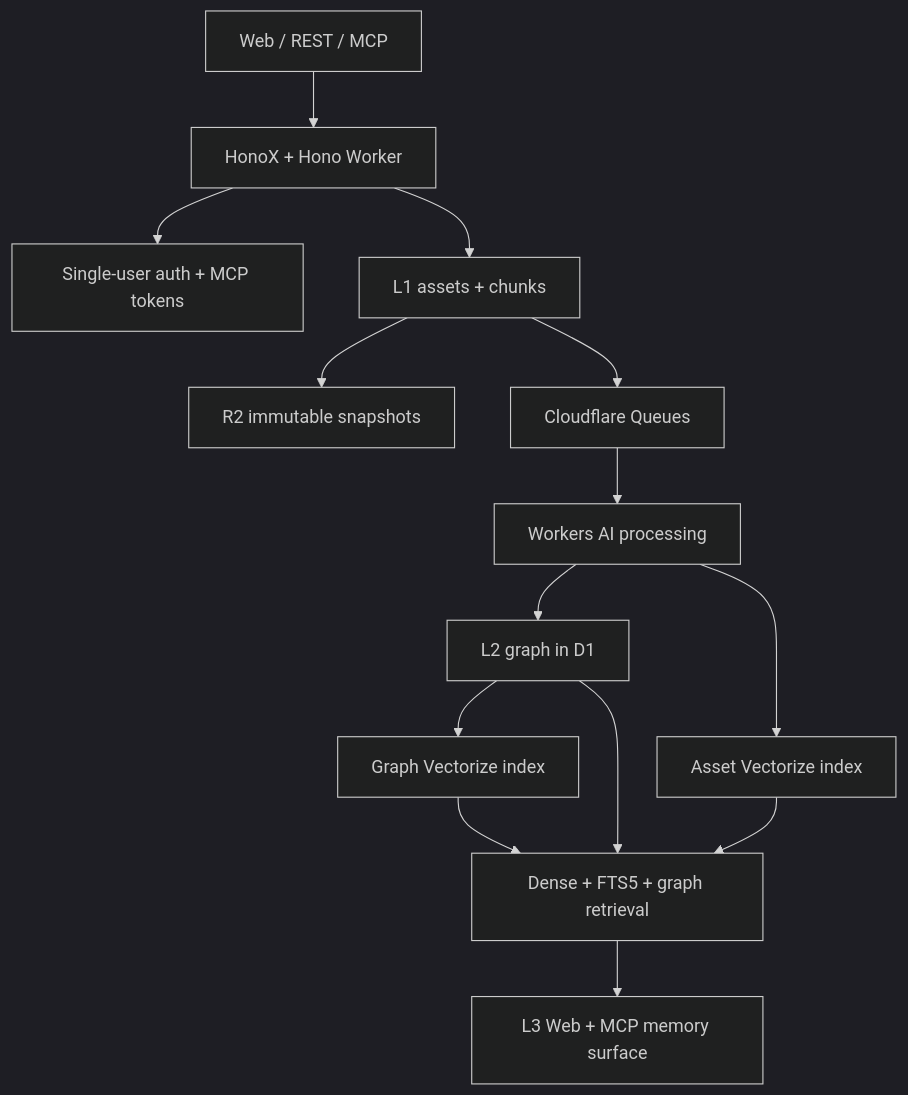
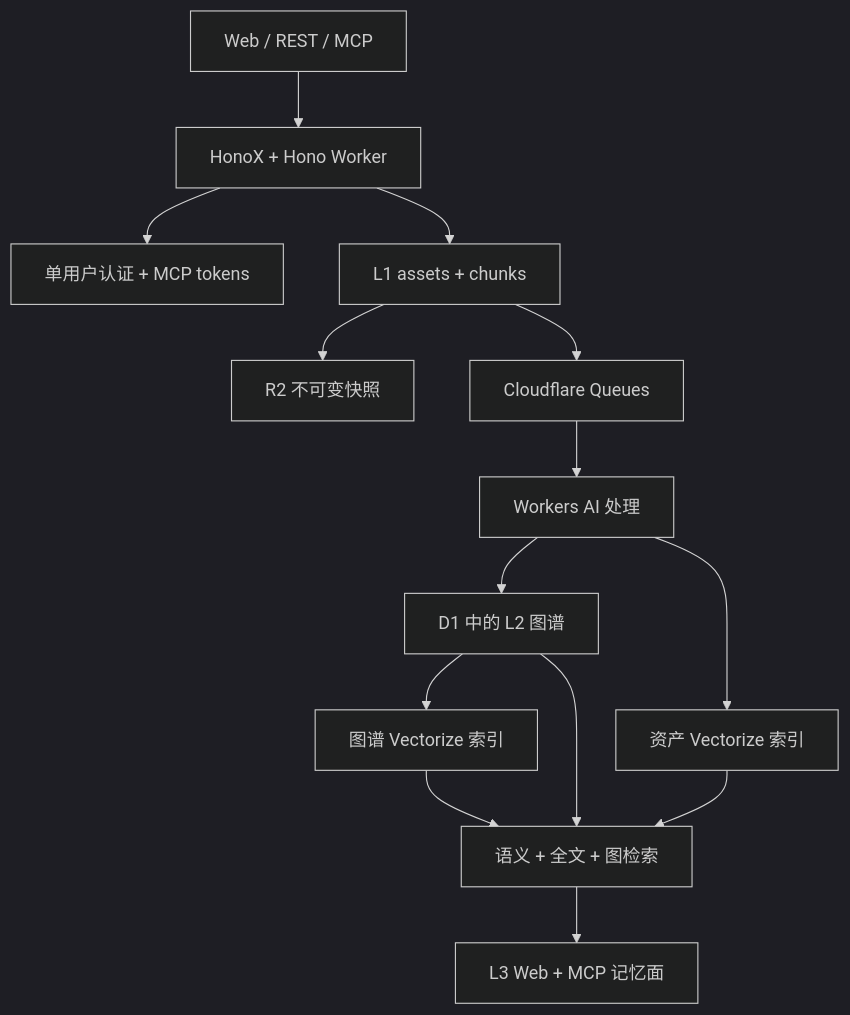
The diagram in README.md (evepupil/CloudMind), drawn with Mermaid (dark theme) before and after one commit. The commit also changed other lines of this file and 4 other files, not shown here.

````diff
--- a/README.md
+++ b/README.md
@@ -95,16 +91,16 @@
 ```mermaid
 flowchart TD
     Sources["Web / REST / MCP"] --> App["HonoX + Hono Worker"]
-    App --> Auth["Single-user auth + MCP tokens"]
+    App --> Auth["单用户认证 + MCP tokens"]
     App --> L1["L1 assets + chunks"]
-    L1 --> R2["R2 immutable snapshots"]
+    L1 --> R2["R2 不可变快照"]
     L1 --> Queue["Cloudflare Queues"]
-    Queue --> AI["Workers AI processing"]
-    AI --> L2["L2 graph in D1"]
-    AI --> AssetVectors["Asset Vectorize index"]
-    L2 --> GraphVectors["Graph Vectorize index"]
-    L2 --> Retrieval["Dense + FTS5 + graph retrieval"]
+    Queue --> AI["Workers AI 处理"]
+    AI --> L2["D1 中的 L2 图谱"]
+    AI --> AssetVectors["资产 Vectorize 索引"]
+    L2 --> GraphVectors["图谱 Vectorize 索引"]
+    L2 --> Retrieval["语义 + 全文 + 图检索"]
     AssetVectors --> Retrieval
     GraphVectors --> Retrieval
-    Retrieval --> L3["L3 Web + MCP memory surface"]
+    Retrieval --> L3["L3 Web + MCP 记忆面"]
 ```
````
